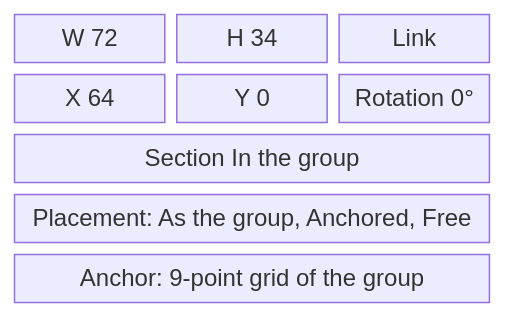
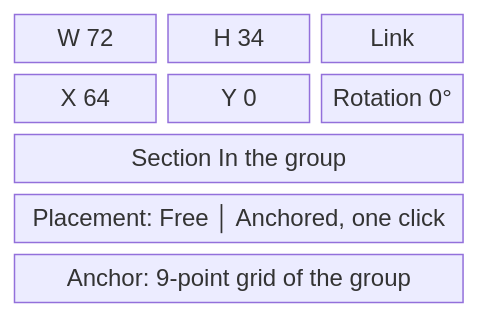
Before and after one commit to AlexandreGallais/synoptic-studio-spec: the diagram in symbols/04-drawing-mode/geometry.md, drawn with Mermaid. The commit also changed other lines of this file and 11 other files, not shown here.

First line of the commit message:
docs(screens): segmented controls for short choices, free or anchored placement

````diff
--- a/symbols/04-drawing-mode/geometry.md
+++ b/symbols/04-drawing-mode/geometry.md
@@ -30,9 +33,9 @@
 ```mermaid
 block-beta
     columns 3
     w["W 72"] h["H 34"] link["Link"]
     x["X 64"] y["Y 0"] r["Rotation 0°"]
     t["Section In the group"]:3
-    p["Placement: As the group, Anchored, Free"]:3
+    p["Placement: Free │ Anchored, one click"]:3
     g["Anchor: 9-point grid of the group"]:3
 ```
````
